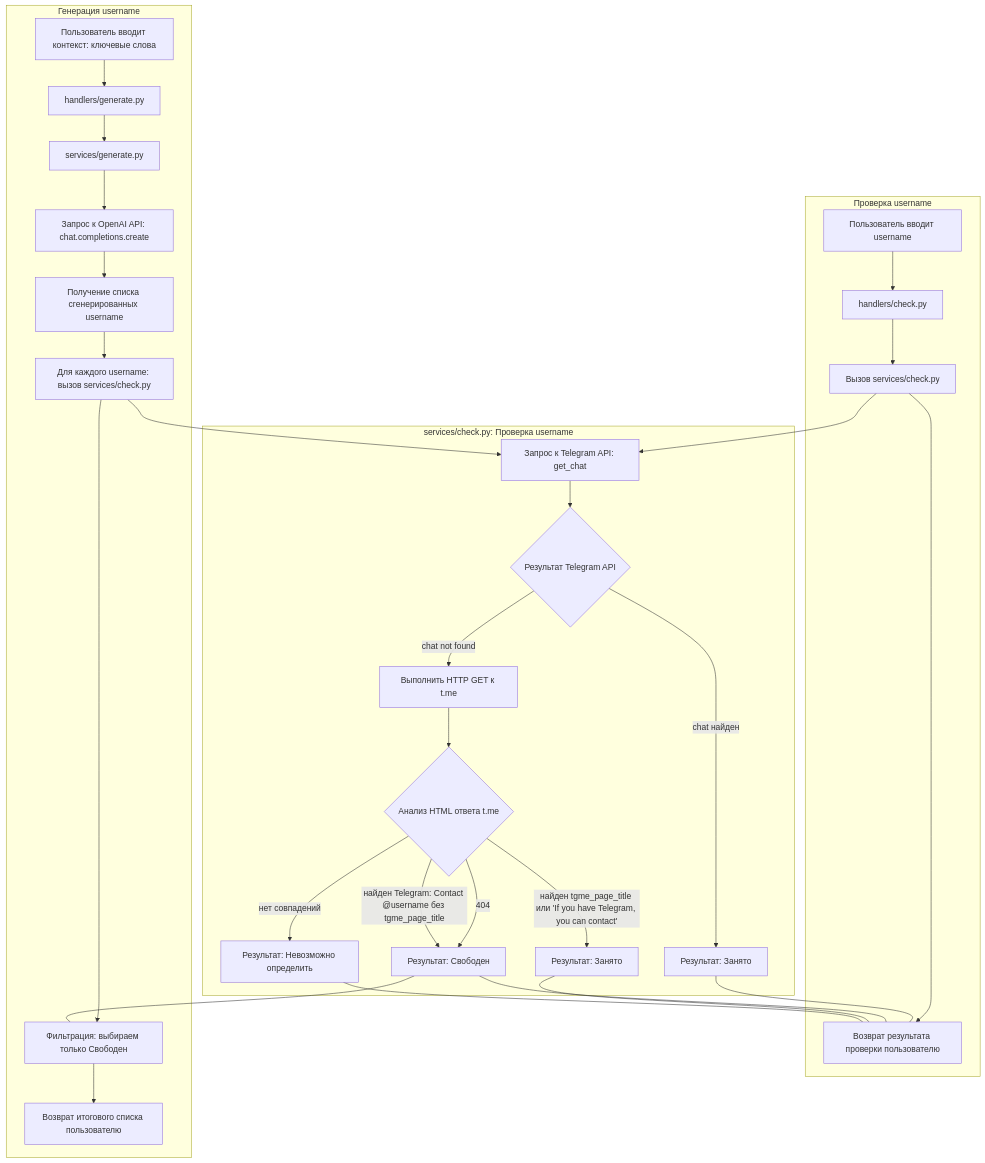
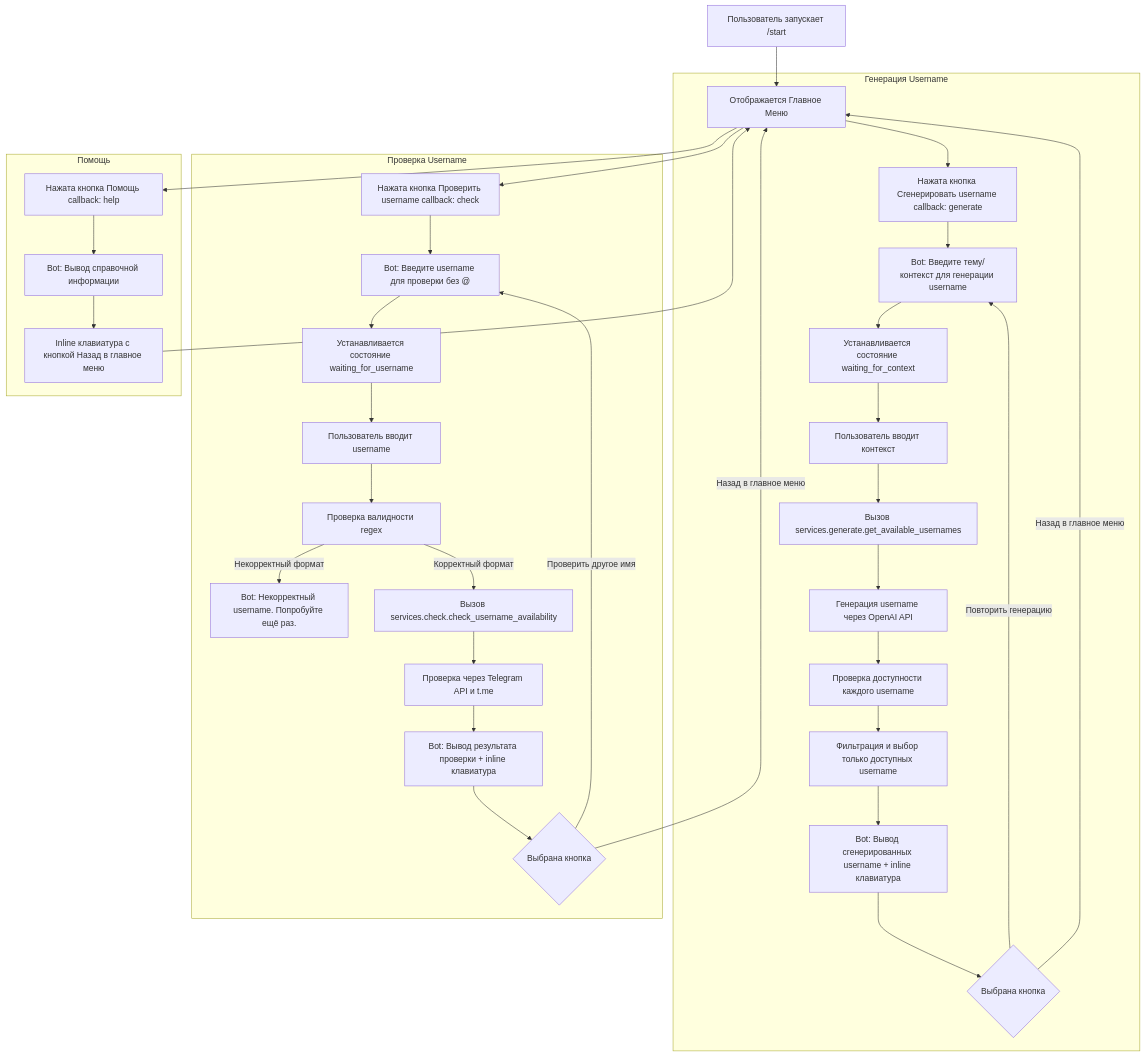
The diagram in diagram_generator/diagram.mmd (PanarinI/UsernameMonster), drawn with Mermaid before and after one commit. The commit also changed 35 other files, not shown here.

```diff
--- a/diagram_generator/diagram.mmd
+++ b/diagram_generator/diagram.mmd
@@ -1,43 +1,44 @@
 flowchart TD
-  %% Сценарий прямой проверки username
-  subgraph Direct_Check[Проверка username]
-    DC1[Пользователь вводит username] --> DC2[handlers/check.py]
-    DC2 --> DC3[Вызов services/check.py]
-    DC3 --> DC_out[Возврат результата проверки пользователю]
+  %% Главный поток
+  A[Пользователь запускает /start] --> B[Отображается Главное Меню]
+
+  B --> C[Нажата кнопка Сгенерировать username callback: generate]
+  B --> D[Нажата кнопка Проверить username callback: check]
+  B --> E[Нажата кнопка Помощь callback: help]
+
+  %% Подграф генерации username
+  subgraph Генерация Username
+    C --> F[Bot: Введите тему/контекст для генерации username]
+    F --> G[Устанавливается состояние waiting_for_context]
+    G --> H[Пользователь вводит контекст]
+    H --> I[Вызов services.generate.get_available_usernames]
+    I --> J[Генерация username через OpenAI API]
+    J --> K[Проверка доступности каждого username]
+    K --> L[Фильтрация и выбор только доступных username]
+    L --> M[Bot: Вывод сгенерированных username + inline клавиатура]
+    M --> N{Выбрана кнопка}
+    N -- Повторить генерацию --> F
+    N -- Назад в главное меню --> B
   end
 
-  %% Сценарий генерации username
-  subgraph Generation[Генерация username]
-    G1[Пользователь вводит контекст: ключевые слова] --> G2[handlers/generate.py]
-    G2 --> G3[services/generate.py]
-    G3 --> G4[Запрос к OpenAI API: chat.completions.create]
-    G4 --> G5[Получение списка сгенерированных username]
-    G5 --> G6[Для каждого username: вызов services/check.py]
-    G6 --> G7[Фильтрация: выбираем только Свободен]
-    G7 --> G_out[Возврат итогового списка пользователю]
+  %% Подграф проверки username
+  subgraph Проверка Username
+    D --> O[Bot: Введите username для проверки без @]
+    O --> P[Устанавливается состояние waiting_for_username]
+    P --> Q[Пользователь вводит username]
+    Q --> R[Проверка валидности regex]
+    R -- Некорректный формат --> S[Bot: Некорректный username. Попробуйте ещё раз.]
+    R -- Корректный формат --> T[Вызов services.check.check_username_availability]
+    T --> U[Проверка через Telegram API и t.me]
+    U --> V[Bot: Вывод результата проверки + inline клавиатура]
+    V --> W{Выбрана кнопка}
+    W -- Проверить другое имя --> O
+    W -- Назад в главное меню --> B
   end
 
-  %% Общий модуль проверки username
-  subgraph Check_Service[services/check.py: Проверка username]
-    CS1[Запрос к Telegram API: get_chat] --> CS2{Результат Telegram API}
-    CS2 -- chat найден --> CS3[Результат: Занято]
-    CS2 -- chat not found --> CS4[Выполнить HTTP GET к t.me]
-    CS4 --> CS5{Анализ HTML ответа t.me}
-    CS5 -- 404 --> CS6[Результат: Свободен]
-    CS5 -- найден tgme_page_title или 'If you have Telegram, you can contact' --> CS7[Результат: Занято]
-    CS5 -- найден Telegram: Contact @username без tgme_page_title --> CS6
-    CS5 -- нет совпадений --> CS8[Результат: Невозможно определить]
+  %% Подграф помощи
+  subgraph Помощь
+    E --> X[Bot: Вывод справочной информации]
+    X --> Y[Inline клавиатура с кнопкой Назад в главное меню]
+    Y --> B
   end
-
-  %% Связь вызова общего модуля проверки
-  DC3 --> CS1
-  G6 --> CS1
-
-  %% Вывод результата для прямой проверки
-  CS3 --- DC_out
-  CS6 --- DC_out
-  CS7 --- DC_out
-  CS8 --- DC_out
-
-  %% Фильтрация в генерации: учитываем только результат "Свободен"
-  CS6 --- G7
```
